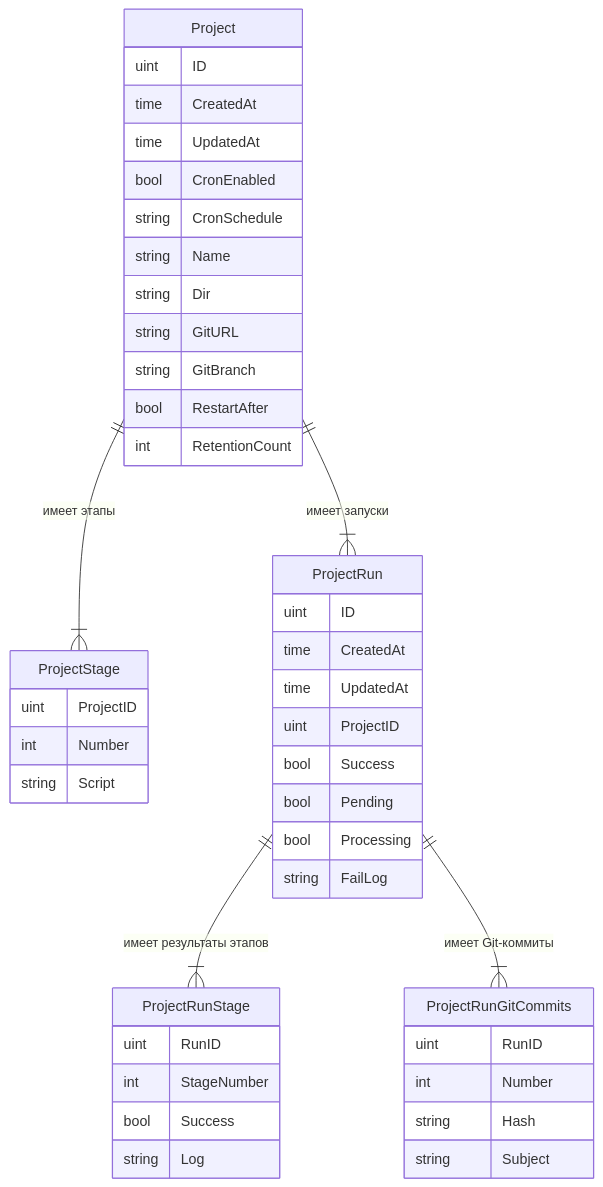
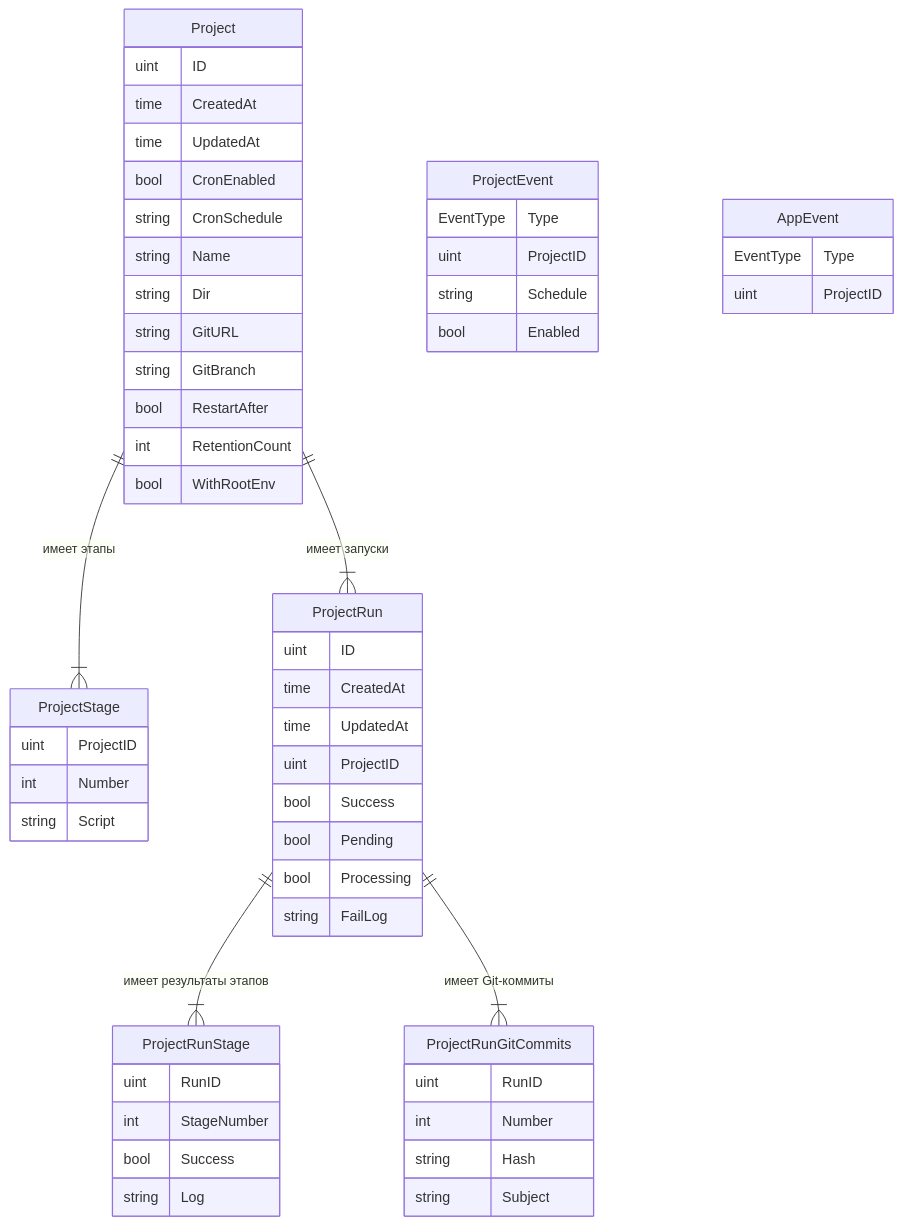
The diagram in docs/business/entity.md (gbh007/easyjet), drawn with Mermaid before and after one commit. The commit also changed other lines of this file and 8 other files, not shown here.

````diff
--- a/docs/business/entity.md
+++ b/docs/business/entity.md
@@ -105,52 +147,65 @@
 ```mermaid
 erDiagram
     Project ||--|{ ProjectStage : "имеет этапы"
     Project ||--|{ ProjectRun : "имеет запуски"
     ProjectRun ||--|{ ProjectRunStage : "имеет результаты этапов"
     ProjectRun ||--|{ ProjectRunGitCommits : "имеет Git-коммиты"
 
     Project {
         uint ID
         time CreatedAt
         time UpdatedAt
         bool CronEnabled
         string CronSchedule
         string Name
         string Dir
         string GitURL
         string GitBranch
         bool RestartAfter
         int RetentionCount
+        bool WithRootEnv
     }
 
     ProjectStage {
         uint ProjectID
         int Number
         string Script
     }
 
     ProjectRun {
         uint ID
         time CreatedAt
         time UpdatedAt
         uint ProjectID
         bool Success
         bool Pending
         bool Processing
         string FailLog
     }
 
     ProjectRunStage {
         uint RunID
         int StageNumber
         bool Success
         string Log
     }
 
     ProjectRunGitCommits {
         uint RunID
         int Number
         string Hash
         string Subject
     }
+
+    ProjectEvent {
+        EventType Type
+        uint ProjectID
+        string Schedule
+        bool Enabled
+    }
+
+    AppEvent {
+        EventType Type
+        uint ProjectID
+    }
 ```
````
